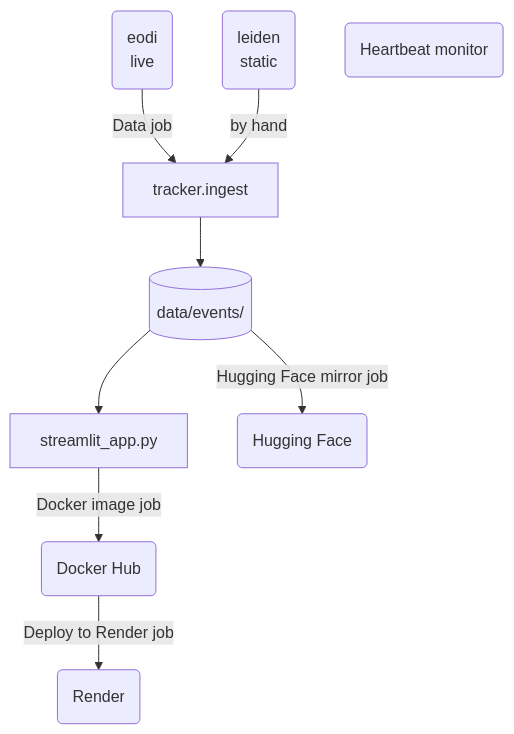
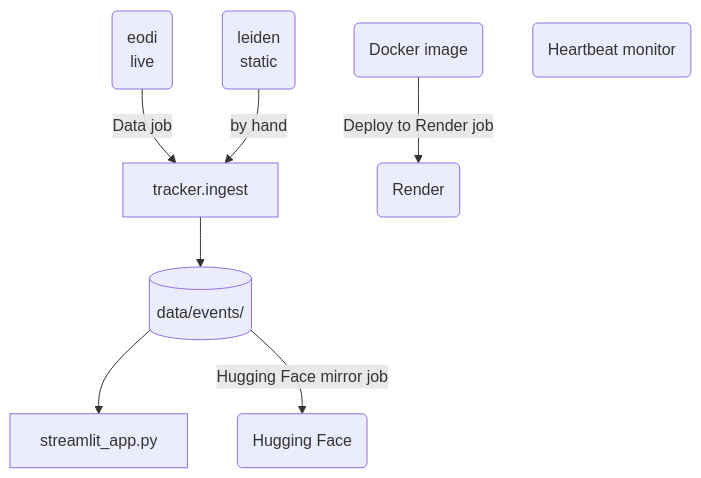
The first of 3 diagrams in docs/architecture.md (tryph0n/hybrid-tracker), drawn with Mermaid before and after one commit. The commit also changed other lines of this file and 2 other files, not shown here.

First line of the commit message:
ci(image): attest the build provenance and scan the image

````diff
--- a/docs/architecture.md
+++ b/docs/architecture.md
@@ -25,19 +25,18 @@
 ```mermaid
 flowchart TB
   source_eodi("eodi<br/>live")
   source_leiden("leiden<br/>static")
   ingest["tracker.ingest"]
   events[("data/events/")]
   app["streamlit_app.py"]
-  service_Docker_Hub("Docker Hub")
+  service_Docker_image("Docker image")
   service_Render("Render")
   service_Hugging_Face("Hugging Face")
   service_Heartbeat_monitor("Heartbeat monitor")
   source_eodi -->|"Data job"| ingest
   source_leiden -->|"by hand"| ingest
   ingest --> events
   events --> app
-  app -->|"Docker image job"| service_Docker_Hub
-  service_Docker_Hub -->|"Deploy to Render job"| service_Render
+  service_Docker_image -->|"Deploy to Render job"| service_Render
   events -->|"Hugging Face mirror job"| service_Hugging_Face
 ```
````
